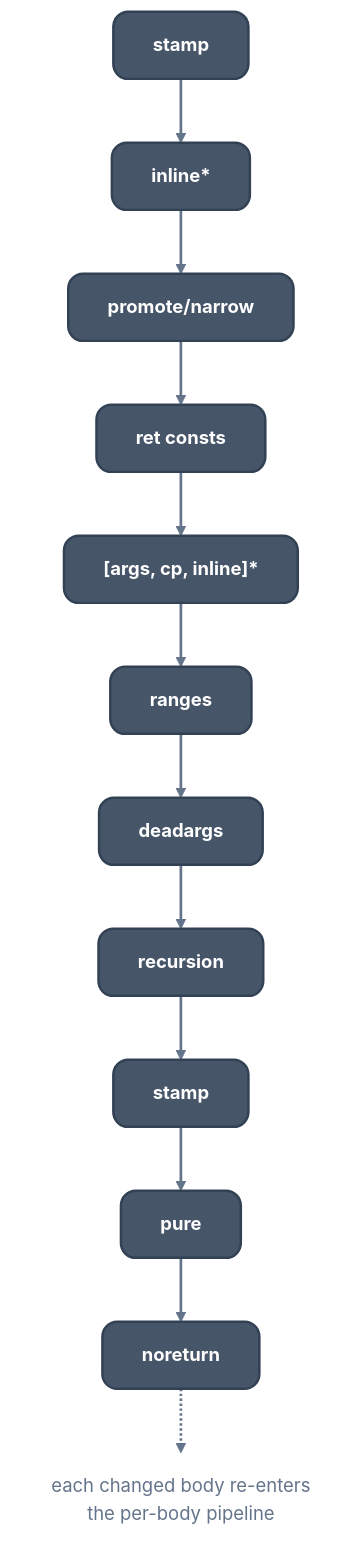
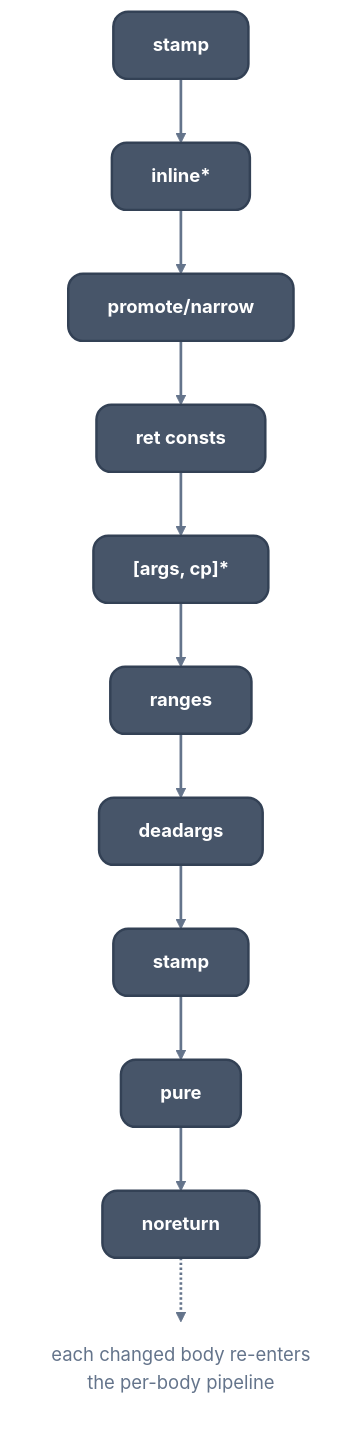
One commit to ali-mosavian/llrm changed the diagram in docs/optimizations/passes/interprocedural.md. Above: the diagram before and after it, drawn with Mermaid. The commit also changed other lines of this file and 5 other files, not shown here.

````diff
--- a/docs/optimizations/passes/interprocedural.md
+++ b/docs/optimizations/passes/interprocedural.md
@@ -65,30 +53,28 @@
 ```mermaid
 %%{init: {'theme':'base','themeVariables':{'fontFamily':'Segoe UI, Helvetica Neue, Arial, DejaVu Sans, sans-serif','fontSize':'15px','primaryColor':'#475569','primaryTextColor':'#ffffff','primaryBorderColor':'#334155','lineColor':'#64748b','secondaryColor':'#475569','tertiaryColor':'transparent','clusterBkg':'transparent','clusterBorder':'#64748b','edgeLabelBackground':'#334155','textColor':'#64748b','titleColor':'#64748b'},'flowchart':{'curve':'basis','nodeSpacing':38,'rankSpacing':52,'padding':16,'wrappingWidth':360,'htmlLabels':true,'useMaxWidth':true}}}%%
 flowchart TB
   classDef mid fill:#475569,stroke:#334155,stroke-width:2px,color:#ffffff,rx:12px,ry:12px
   classDef note fill:transparent,stroke:transparent,color:#64748b
   linkStyle default stroke:#64748b,stroke-width:2.2px
   st1["<b>stamp</b>"]:::mid
   inl["<b>inline*</b>"]:::mid
   pn["<b>promote/narrow</b>"]:::mid
   rc["<b>ret consts</b>"]:::mid
-  lp["<b>[args, cp, inline]*</b>"]:::mid
+  lp["<b>[args, cp]*</b>"]:::mid
   rg["<b>ranges</b>"]:::mid
   da["<b>deadargs</b>"]:::mid
-  rec["<b>recursion</b>"]:::mid
   st2["<b>stamp</b>"]:::mid
   pu["<b>pure</b>"]:::mid
   nr["<b>noreturn</b>"]:::mid
   re["each changed body re-enters<br/>the per-body pipeline"]:::note
   st1 --> inl
   inl --> pn
   pn --> rc
   rc --> lp
   lp --> rg
   rg --> da
-  da --> rec
-  rec --> st2
+  da --> st2
   st2 --> pu
   pu --> nr
   nr -.-> re
 ```
````
